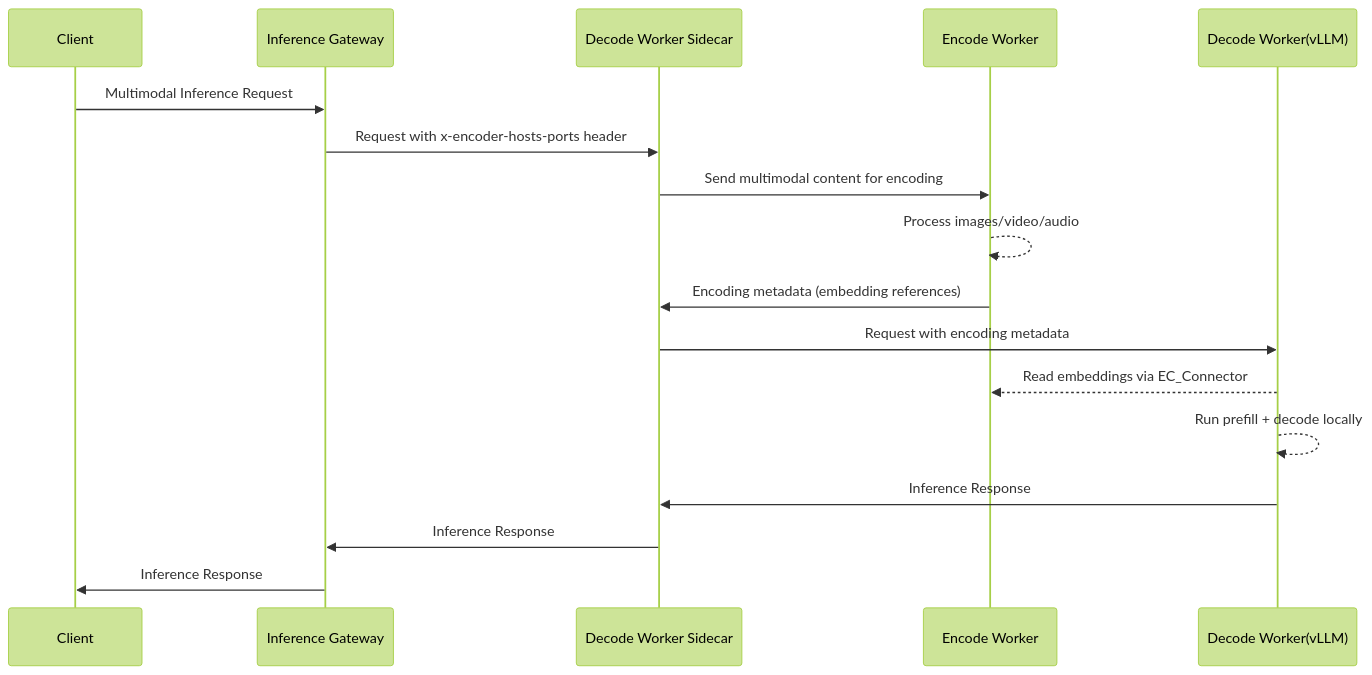
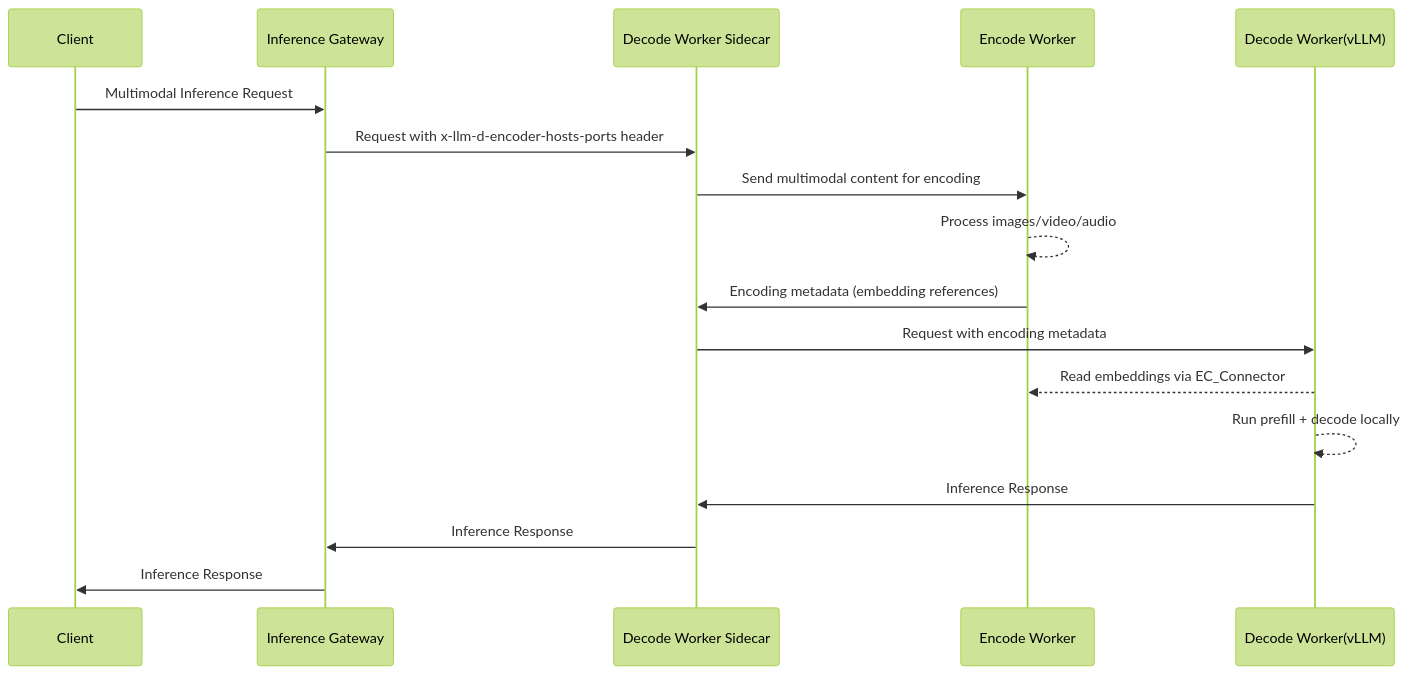
Before and after one commit to mistralai/llm-d-router-public: the second of 3 diagrams in docs/disaggregation.md, drawn with Mermaid (forest theme). The commit also changed other lines of this file and 13 other files, not shown here.

````diff
--- a/docs/disaggregation.md
+++ b/docs/disaggregation.md
@@ -119,20 +153,20 @@
 ```mermaid
 sequenceDiagram
   participant C as Client
   participant I as Inference Gateway
   participant DS as Decode Worker Sidecar
   participant E as Encode Worker
   participant D as Decode Worker(vLLM)
 
   C->>I: Multimodal Inference Request
-  I->>DS: Request with x-encoder-hosts-ports header
+  I->>DS: Request with x-llm-d-encoder-hosts-ports header
   DS->>E: Send multimodal content for encoding
   E-->>E: Process images/video/audio
   E->>DS: Encoding metadata (embedding references)
   DS->>D: Request with encoding metadata
   D-->>E: Read embeddings via EC_Connector
   D-->>D: Run prefill + decode locally
   D->>DS: Inference Response
   DS->>I: Inference Response
   I->>C: Inference Response
 ```
````
